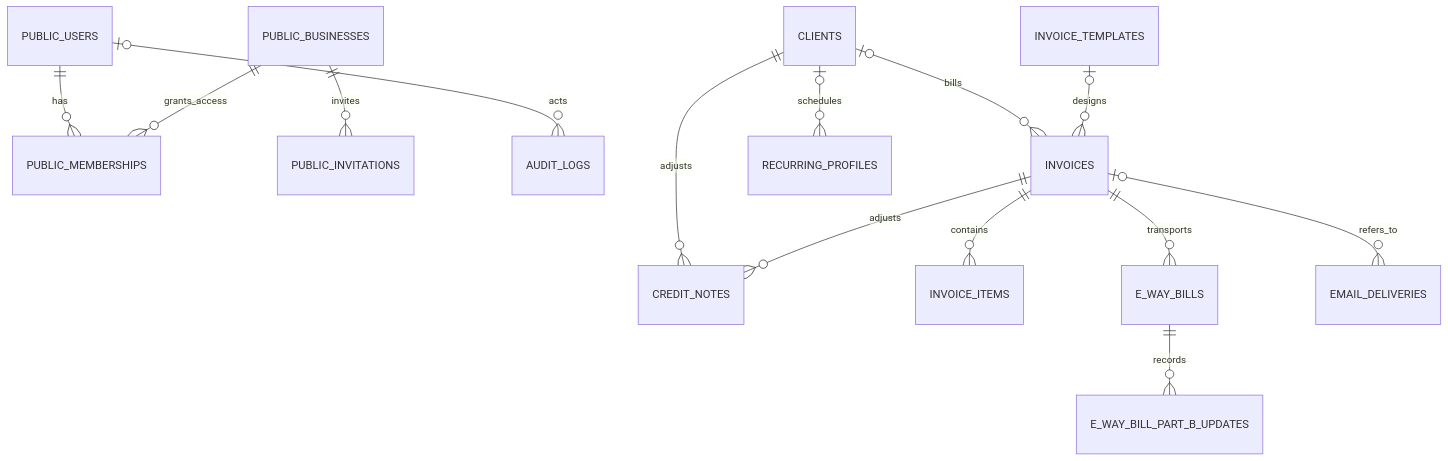
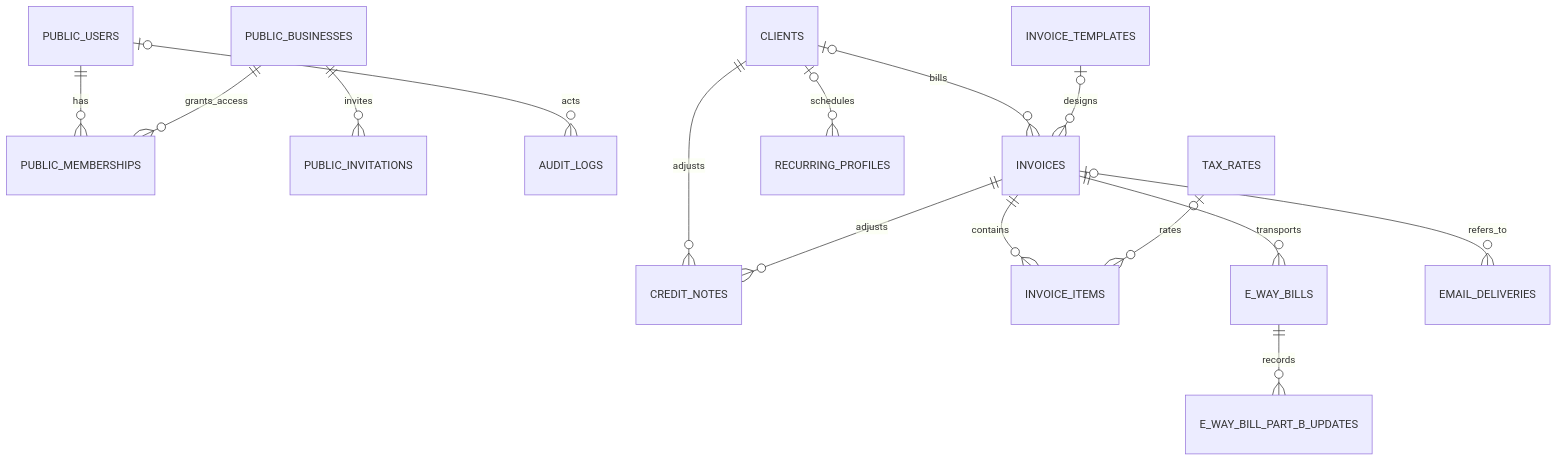
One commit to phravins/QuantumBilling changed the diagram in docs/database.md. Above: the diagram before and after it, drawn with Mermaid. The commit also changed other lines of this file and 107 other files, not shown here.

````diff
--- a/docs/database.md
+++ b/docs/database.md
@@ -592,16 +672,17 @@
 ```mermaid
 erDiagram
     PUBLIC_USERS ||--o{ PUBLIC_MEMBERSHIPS : has
     PUBLIC_BUSINESSES ||--o{ PUBLIC_MEMBERSHIPS : grants_access
     PUBLIC_BUSINESSES ||--o{ PUBLIC_INVITATIONS : invites
     PUBLIC_USERS o|--o{ AUDIT_LOGS : acts
     CLIENTS o|--o{ INVOICES : bills
     CLIENTS ||--o{ CREDIT_NOTES : adjusts
     CLIENTS o|--o{ RECURRING_PROFILES : schedules
     INVOICE_TEMPLATES o|--o{ INVOICES : designs
     INVOICES ||--o{ INVOICE_ITEMS : contains
+    TAX_RATES o|--o{ INVOICE_ITEMS : rates
     INVOICES ||--o{ CREDIT_NOTES : adjusts
     INVOICES ||--o{ E_WAY_BILLS : transports
     INVOICES o|--o{ EMAIL_DELIVERIES : refers_to
     E_WAY_BILLS ||--o{ E_WAY_BILL_PART_B_UPDATES : records
 ```
````
